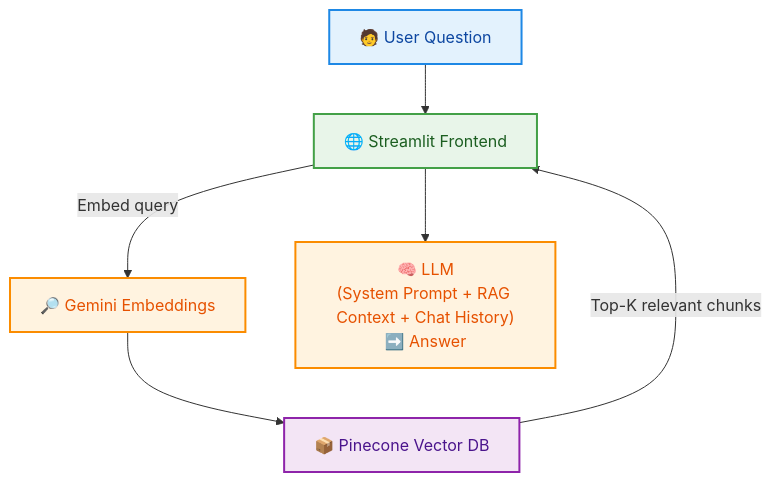
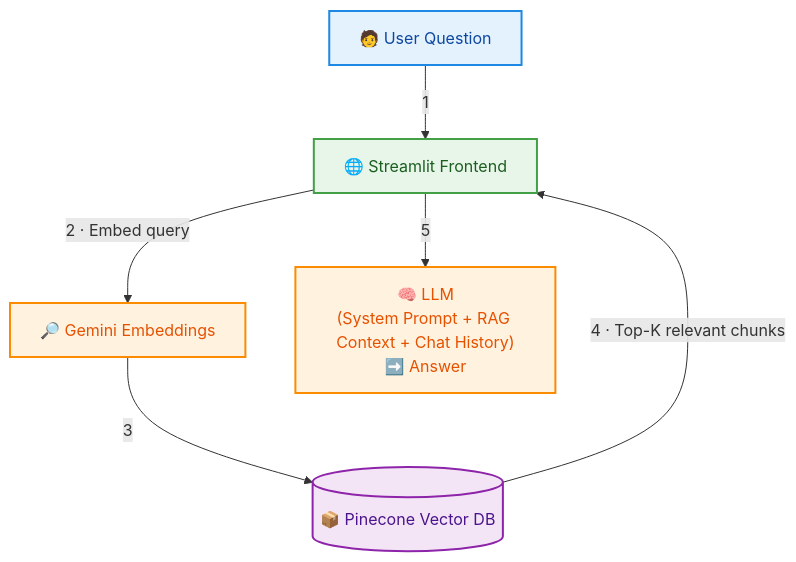
The diagram in README.md (antodiazcano/RAG-computer-vision-ii), drawn with Mermaid before and after one commit. The commit also changed 6 other files, not shown here.

Commit message:
deleted docs and improved diagram

````diff
--- a/README.md
+++ b/README.md
@@ -25,22 +25,22 @@
 ```mermaid
 flowchart TD
     %% Styles
     classDef user fill:#E3F2FD,stroke:#1E88E5,stroke-width:2px,color:#0D47A1;
     classDef frontend fill:#E8F5E9,stroke:#43A047,stroke-width:2px,color:#1B5E20;
     classDef model fill:#FFF3E0,stroke:#FB8C00,stroke-width:2px,color:#E65100;
     classDef db fill:#F3E5F5,stroke:#8E24AA,stroke-width:2px,color:#4A148C;
 
     %% Nodes
     A["🧑 User Question"]:::user
     B["🌐 Streamlit Frontend"]:::frontend
     C["🔎 Gemini Embeddings"]:::model
-    D["📦 Pinecone Vector DB"]:::db
+    D[("📦 Pinecone Vector DB")]:::db
     E["🧠 LLM<br>(System Prompt + RAG Context + Chat History)<br>➡️ Answer"]:::model
 
     %% Flow
-    A --> B
-    B -- "Embed query" --> C
-    C --> D
-    D -- "Top-K relevant chunks" --> B
-    B --> E
+    A -->|"1"| B
+    B -->|"2 · Embed query"| C
+    C -->|"3"| D
+    D -->|"4 · Top-K relevant chunks"| B
+    B -->|"5"| E
 ```
````
